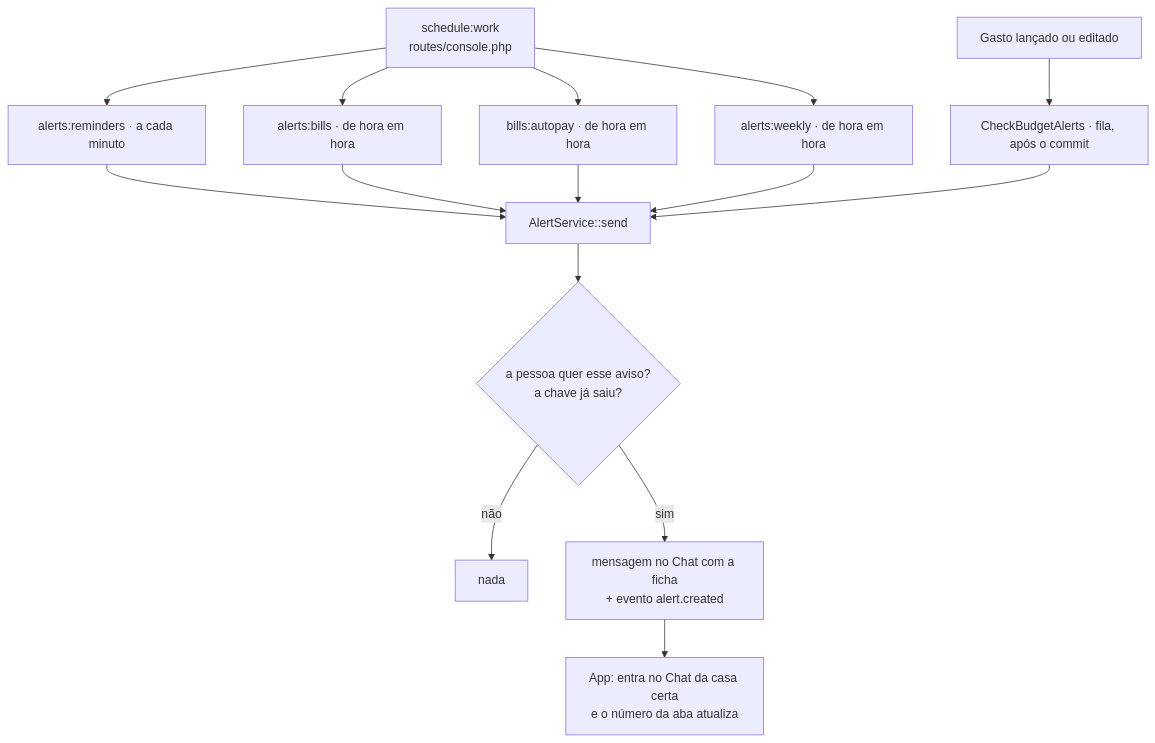
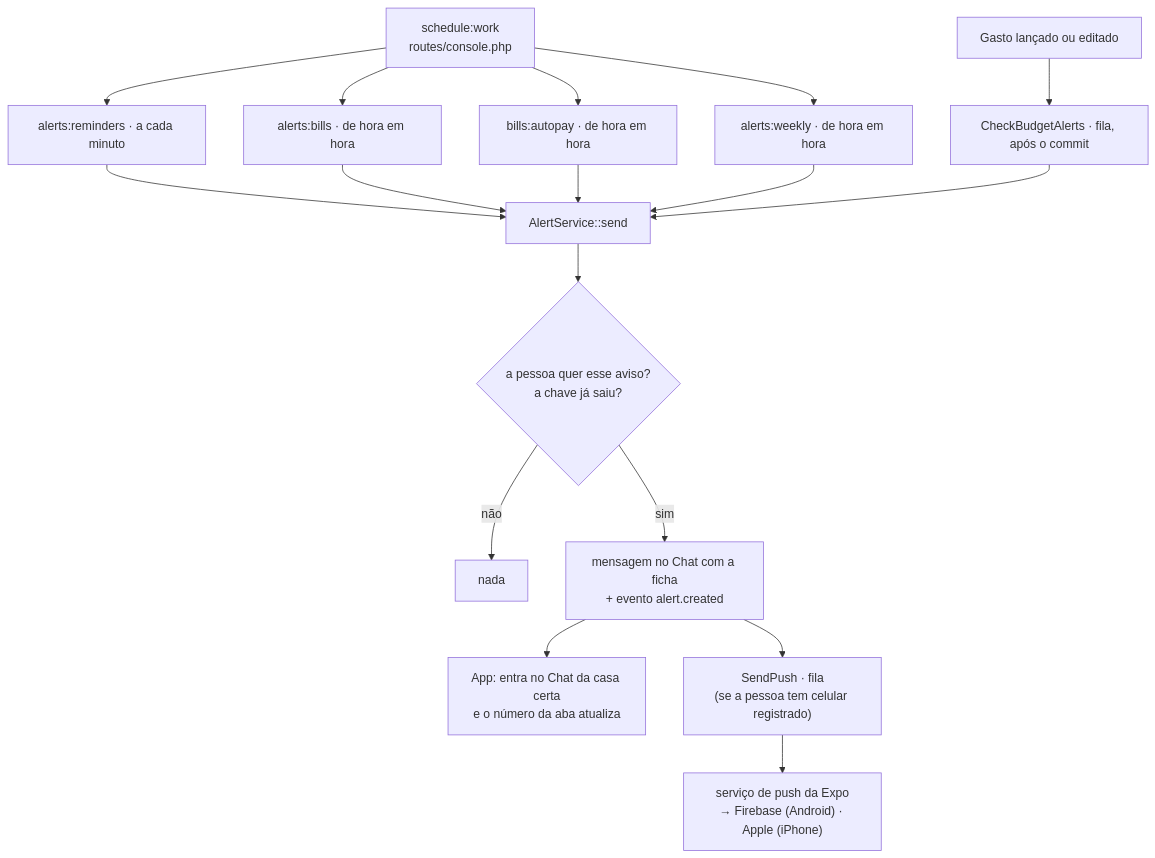
Before and after one commit to Leo-o-Nardo/caderneta: the fourth of 4 diagrams in docs/tecnico/05-fluxos.md, drawn with Mermaid. The commit also changed other lines of this file and 36 other files, not shown here.

````diff
--- a/docs/tecnico/05-fluxos.md
+++ b/docs/tecnico/05-fluxos.md
@@ -164,17 +164,19 @@
 ```mermaid
 flowchart TD
     C["schedule:work<br/>routes/console.php"] --> R["alerts:reminders · a cada minuto"]
     C --> B["alerts:bills · de hora em hora"]
     C --> AP["bills:autopay · de hora em hora"]
     C --> W["alerts:weekly · de hora em hora"]
     G["Gasto lançado ou editado"] --> CB["CheckBudgetAlerts · fila, após o commit"]
     R --> S["AlertService::send"]
     B --> S
     AP --> S
     W --> S
     CB --> S
     S --> K{"a pessoa quer esse aviso?<br/>a chave já saiu?"}
     K -->|não| X["nada"]
     K -->|sim| M["mensagem no Chat com a ficha<br/>+ evento alert.created"]
     M --> APP["App: entra no Chat da casa certa<br/>e o número da aba atualiza"]
+    M --> P["SendPush · fila<br/>(se a pessoa tem celular registrado)"]
+    P --> E["serviço de push da Expo<br/>→ Firebase (Android) · Apple (iPhone)"]
 ```
````
